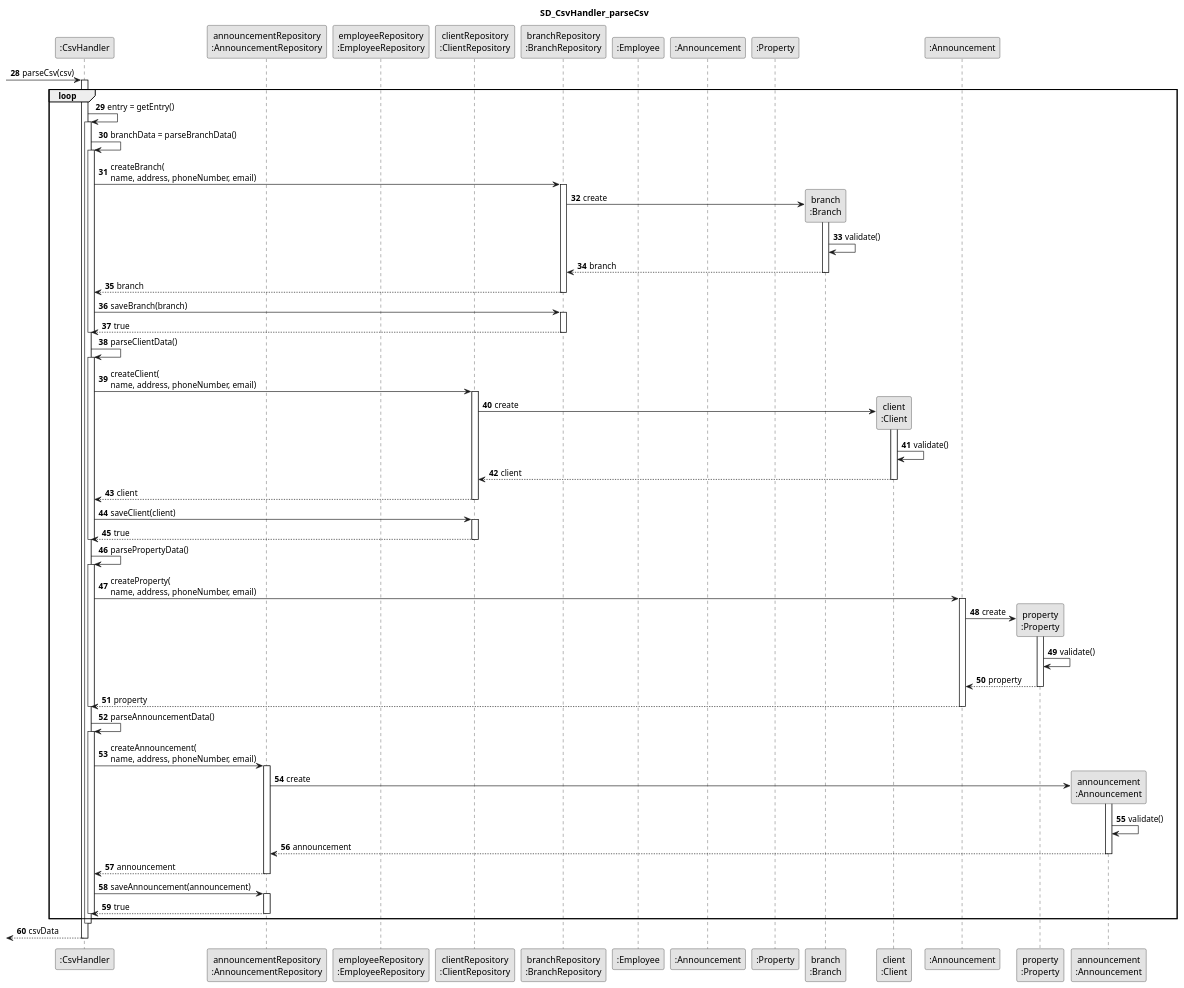
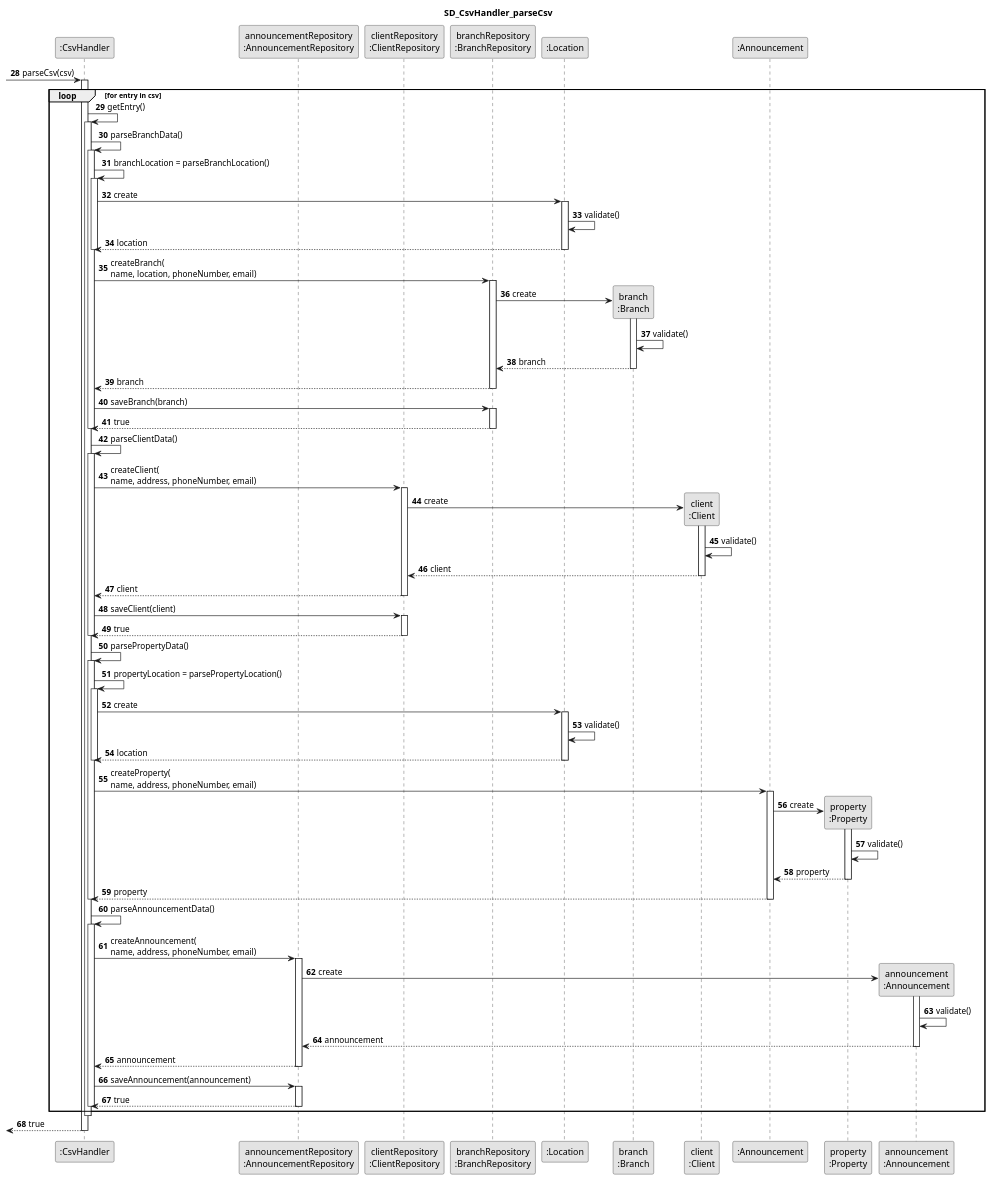
One commit to tiagohcorreia/LAPR2 changed the diagram in docs/sprintC/US012/03.design/puml/SD_CsvHandler_parseCsv.puml. Above: the diagram before and after it, drawn with PlantUML. The commit also changed 25 other files, not shown here.

```diff
--- a/docs/sprintC/US012/03.design/puml/SD_CsvHandler_parseCsv.puml
+++ b/docs/sprintC/US012/03.design/puml/SD_CsvHandler_parseCsv.puml
@@ -1,82 +1,102 @@
 @startuml
 'https://plantuml.com/sequence-diagram
 
 skinparam monochrome true
 skinparam shadowing false
 autonumber 28
 
 Title SD_CsvHandler_parseCsv
 
 participant ":CsvHandler" as ch
 participant "announcementRepository\n:AnnouncementRepository" as AnnR
-participant "employeeRepository\n:EmployeeRepository" as EmpR
+'participant "employeeRepository\n:EmployeeRepository" as EmpR'
 participant "clientRepository\n:ClientRepository" as CliR
 participant "branchRepository\n:BranchRepository" as BraR
-participant ":Employee" as Emp
-participant ":Announcement" as Ann
-participant ":Property" as Pro
+'participant ":Employee" as Emp
+'participant ":Announcement" as Ann
+'participant ":Property" as Pro
+participant ":Location" as loc
 
 -> ch: parseCsv(csv)
 activate ch
-loop
-    ch -> ch: entry = getEntry()
+loop for entry in csv
+    ch -> ch: getEntry()
     activate ch
 
-    ch -> ch: branchData = parseBranchData()
+    ch -> ch: parseBranchData()
     activate ch
-    ch -> BraR: createBranch(\nname, address, phoneNumber, email)
+    ch -> ch: branchLocation = parseBranchLocation()
+    activate ch
+    ch -> loc: create
+    activate loc
+    loc -> loc: validate()
+    return location
+    deactivate ch
+    ch -> BraR: createBranch(\nname, location, phoneNumber, email)
         activate BraR
         BraR -> "branch\n:Branch"**: create
         activate "branch\n:Branch"
         "branch\n:Branch" -> "branch\n:Branch": validate()
         return branch
         return branch
         ch -> BraR: saveBranch(branch)
         activate BraR
         return true
     deactivate ch
 
     ch -> ch: parseClientData()
     activate ch
+    'ch -> loc: create
+    '    activate loc
+    '    loc -> loc: validate()
+    '    return location
+    'deactivate ch
     ch -> CliR: createClient(\nname, address, phoneNumber, email)
         activate CliR
         CliR -> "client\n:Client"**: create
         activate "client\n:Client"
         "client\n:Client" -> "client\n:Client": validate()
         return client
         return client
         ch -> CliR: saveClient(client)
                 activate CliR
                 return true
     deactivate ch
 
     ch -> ch: parsePropertyData()
     activate ch
+    ch -> ch: propertyLocation = parsePropertyLocation()
+    activate ch
+    ch -> loc: create
+            activate loc
+            loc -> loc: validate()
+            return location
+            deactivate ch
     ch -> ":Announcement": createProperty(\nname, address, phoneNumber, email)
         activate ":Announcement"
         ":Announcement" -> "property\n:Property"**: create
         activate "property\n:Property"
         "property\n:Property" -> "property\n:Property": validate()
         return property
         return property
     deactivate ch
 
     ch -> ch: parseAnnouncementData()
     activate ch
     ch -> AnnR: createAnnouncement(\nname, address, phoneNumber, email)
         activate AnnR
         AnnR -> "announcement\n:Announcement"**: create
         activate "announcement\n:Announcement"
         "announcement\n:Announcement" -> "announcement\n:Announcement": validate()
         return announcement
         return announcement
         ch -> AnnR: saveAnnouncement(announcement)
                 activate AnnR
                 return true
     deactivate ch
 
 
 end
 deactivate ch
-return csvData
+return true
 @enduml
```
